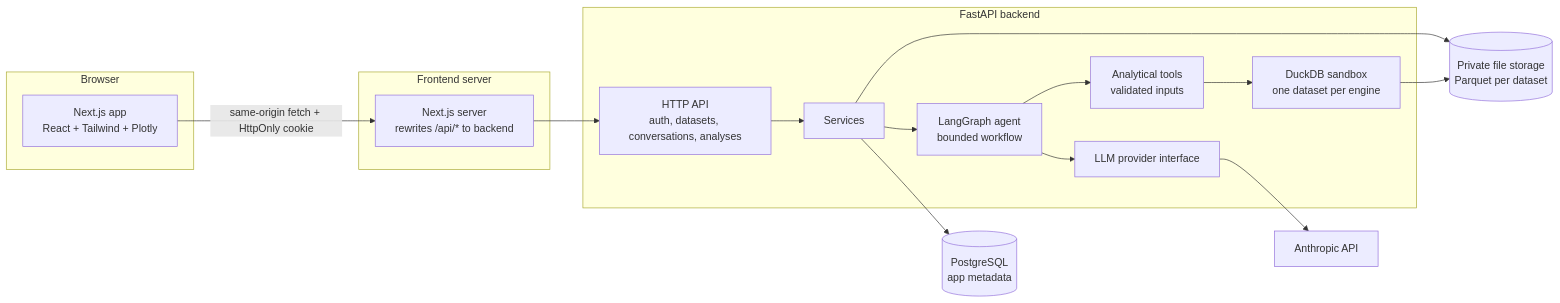
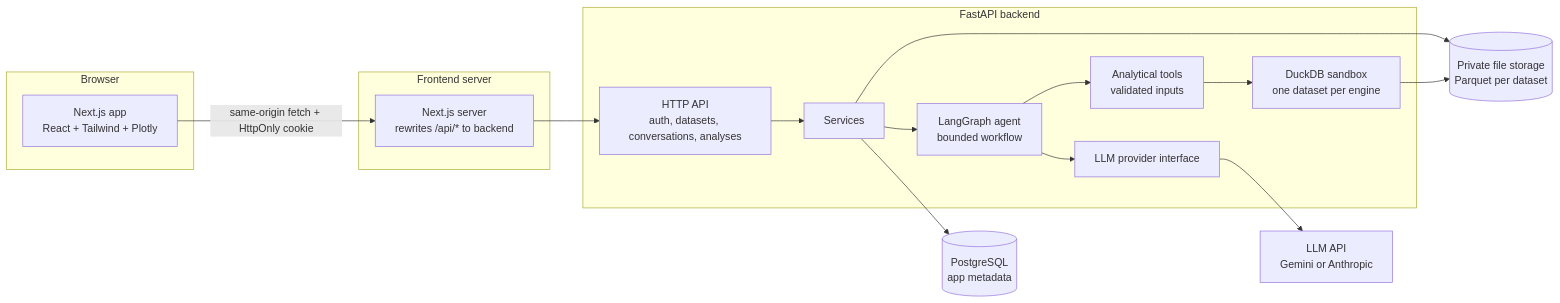
Before and after one commit to param7862989-ops/autonomous-data-analyst: the first of 3 diagrams in docs/ARCHITECTURE.md, drawn with Mermaid. The commit also changed other lines of this file and 10 other files, not shown here.

Commit message:
docs: document Gemini as the default LLM provider

````diff
--- a/docs/ARCHITECTURE.md
+++ b/docs/ARCHITECTURE.md
@@ -15,26 +15,26 @@
 ```mermaid
 flowchart LR
     subgraph Browser
         UI[Next.js app<br/>React + Tailwind + Plotly]
     end
     subgraph Frontend server
         NX[Next.js server<br/>rewrites /api/* to backend]
     end
     subgraph Backend [FastAPI backend]
         API[HTTP API<br/>auth, datasets, conversations, analyses]
         SVC[Services]
         AG[LangGraph agent<br/>bounded workflow]
         TL[Analytical tools<br/>validated inputs]
         ENG[DuckDB sandbox<br/>one dataset per engine]
         LLM[LLM provider interface]
     end
     PG[(PostgreSQL<br/>app metadata)]
     FS[(Private file storage<br/>Parquet per dataset)]
-    EXT[Anthropic API]
+    EXT[LLM API<br/>Gemini or Anthropic]
 
     UI -- same-origin fetch + HttpOnly cookie --> NX --> API
     API --> SVC --> PG
     SVC --> AG --> TL --> ENG --> FS
     AG --> LLM --> EXT
     SVC --> FS
 ```
````
